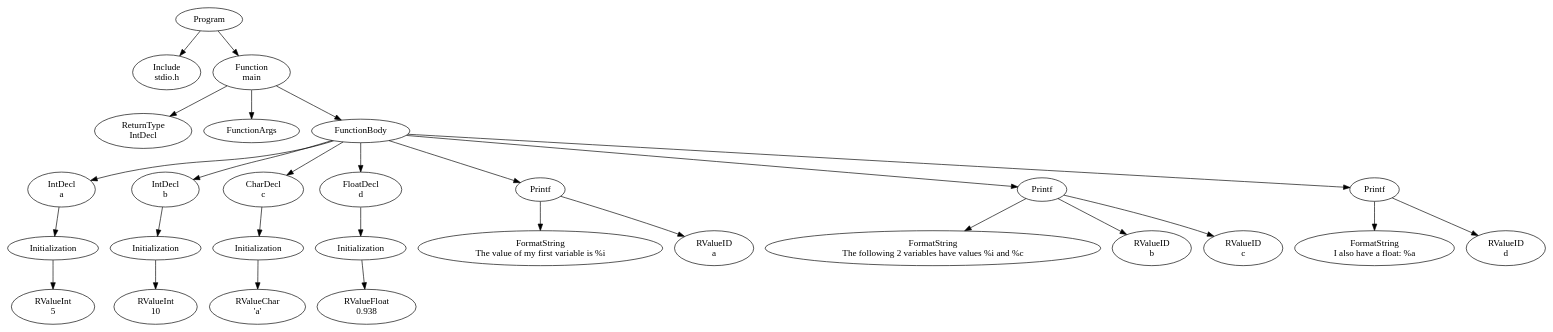
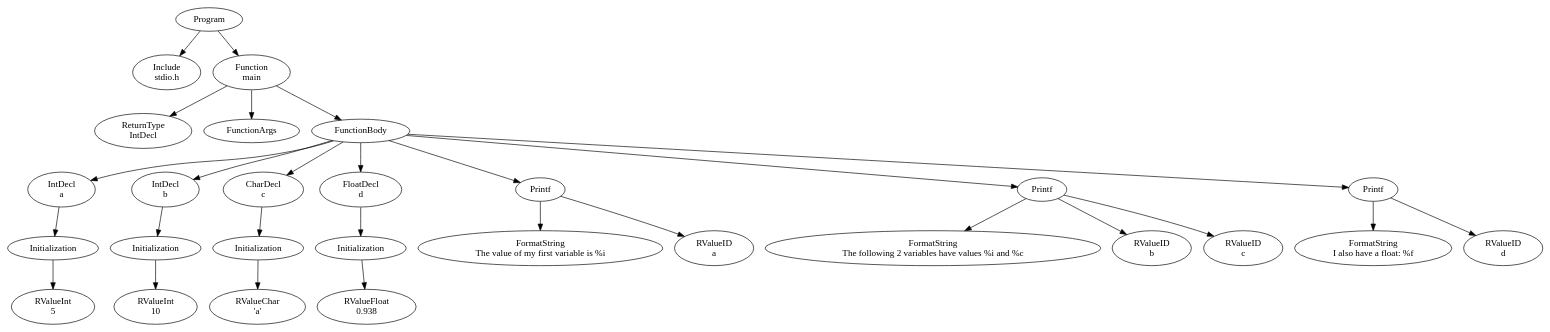
One commit to FedericoQuin/Compilers changed the diagram in official/res/solutions/printf.dot. Above: the diagram before and after it, drawn with Graphviz. The commit also changed 6 other files, not shown here.

```diff
--- a/official/res/solutions/printf.dot
+++ b/official/res/solutions/printf.dot
@@ -1,57 +1,57 @@
 digraph AST {
 2 [label="Program"];
 3 [label="Include \nstdio.h"];
 4 [label="Function \nmain"];
 5 [label="ReturnType \nIntDecl"];
 6 [label="FunctionArgs"];
 7 [label="FunctionBody"];
 8 [label="IntDecl \na"];
 9 [label="Initialization"];
 10 [label="RValueInt \n5"];
 9 -> 10;
 8 -> 9;
 11 [label="IntDecl \nb"];
 12 [label="Initialization"];
 13 [label="RValueInt \n10"];
 12 -> 13;
 11 -> 12;
 14 [label="CharDecl \nc"];
 15 [label="Initialization"];
 16 [label="RValueChar \n'a'"];
 15 -> 16;
 14 -> 15;
 17 [label="FloatDecl \nd"];
 18 [label="Initialization"];
 19 [label="RValueFloat \n0.938"];
 18 -> 19;
 17 -> 18;
 20 [label="Printf"];
-21 [label="FormatString \nThe value of my first variable is %i"];
+21 [label="FormatString \nThe value of my first variable is %i\n"];
 22 [label="RValueID \na"];
 20 -> 21;
 20 -> 22;
 23 [label="Printf"];
-24 [label="FormatString \nThe following 2 variables have values %i and %c"];
+24 [label="FormatString \nThe following 2 variables have values %i and %c\n"];
 25 [label="RValueID \nb"];
 26 [label="RValueID \nc"];
 23 -> 24;
 23 -> 25;
 23 -> 26;
 27 [label="Printf"];
-28 [label="FormatString \nI also have a float: %a"];
+28 [label="FormatString \nI also have a float: %f\n"];
 29 [label="RValueID \nd"];
 27 -> 28;
 27 -> 29;
 7 -> 8;
 7 -> 11;
 7 -> 14;
 7 -> 17;
 7 -> 20;
 7 -> 23;
 7 -> 27;
 4 -> 5;
 4 -> 6;
 4 -> 7;
 2 -> 3;
 2 -> 4;
 }
```
